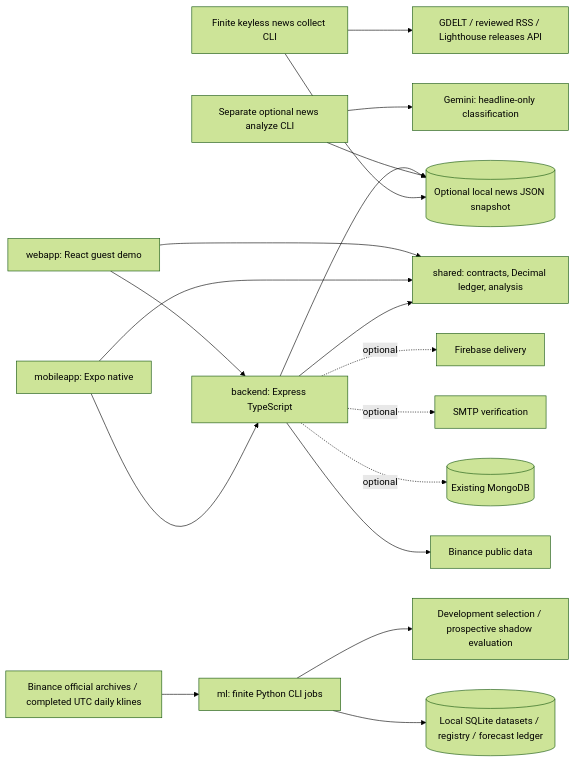
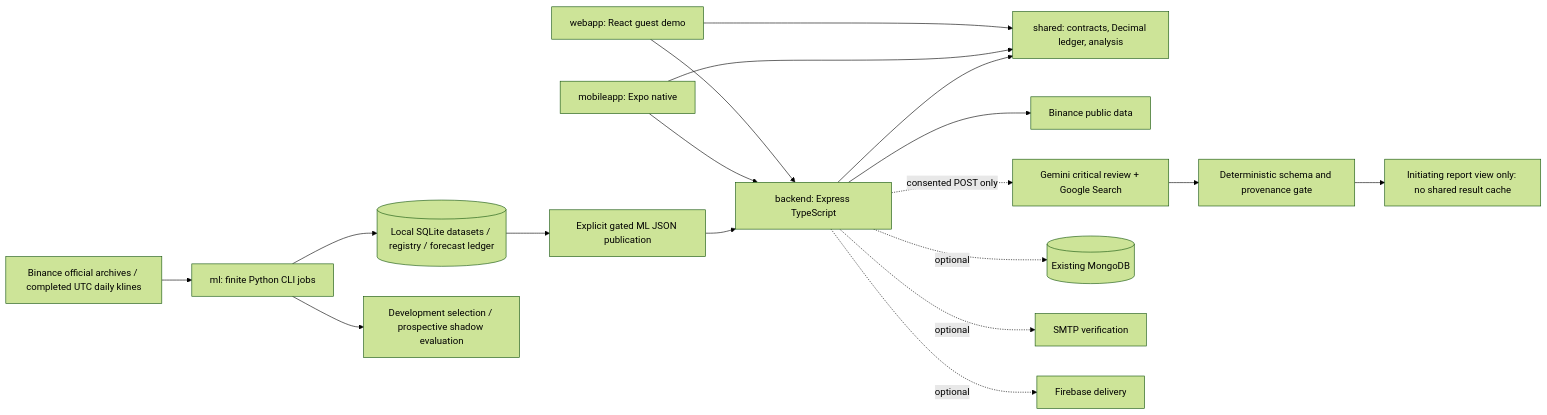
Before and after one commit to GorkemErtas/Investing-Hub: the diagram in docs/ARCHITECTURE.md, drawn with Mermaid (forest theme). The commit also changed other lines of this file and 13 other files, not shown here.

````diff
--- a/docs/ARCHITECTURE.md
+++ b/docs/ARCHITECTURE.md
@@ -5,20 +5,20 @@
 ```mermaid
 flowchart LR
   Web[webapp: React guest demo] --> API[backend: Express TypeScript]
   Mobile[mobileapp: Expo native] --> API
   Web --> Shared[shared: contracts, Decimal ledger, analysis]
   Mobile --> Shared
   API --> Shared
   API --> Market[Binance public data]
-  API --> NewsCache[(Optional local news JSON snapshot)]
-  NewsCLI[Finite keyless news collect CLI] --> Sources[GDELT / reviewed RSS / Lighthouse releases API]
-  Analyze[Separate optional news analyze CLI] --> Gemini[Gemini: headline-only classification]
-  Analyze --> NewsCache
-  NewsCLI --> NewsCache
+  Local --> Export[Explicit gated ML JSON publication]
+  Export --> API
+  API -. consented POST only .-> Gemini[Gemini critical review + Google Search]
+  Gemini --> Gate[Deterministic schema and provenance gate]
+  Gate --> Private[Initiating report view only: no shared result cache]
   API -. optional .-> Mongo[(Existing MongoDB)]
   API -. optional .-> Mail[SMTP verification]
   API -. optional .-> FCM[Firebase delivery]
   Binance[Binance official archives / completed UTC daily klines] --> CLI[ml: finite Python CLI jobs]
   CLI --> Local[(Local SQLite datasets / registry / forecast ledger)]
   CLI --> Reports[Development selection / prospective shadow evaluation]
 ```
````
